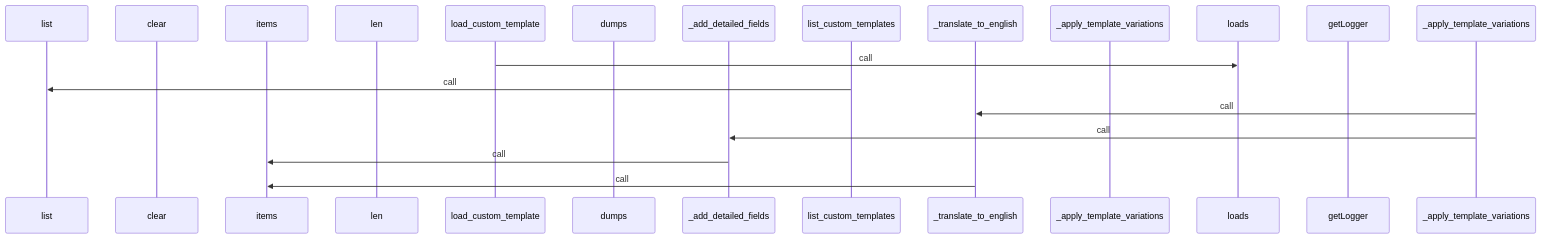
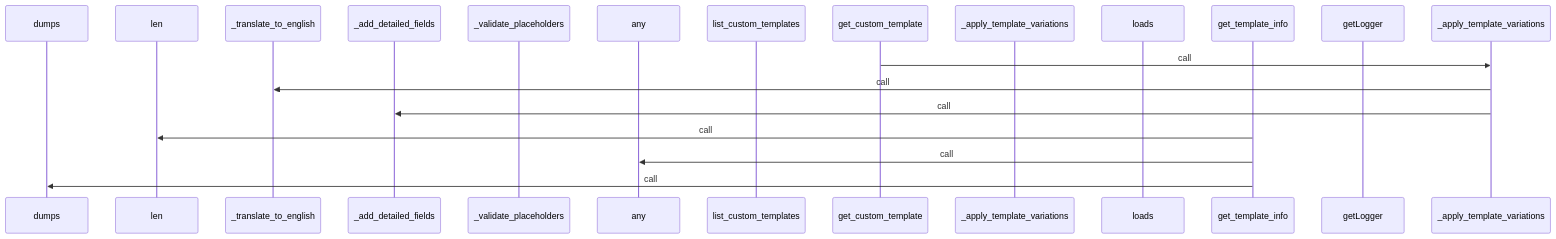
The third of 4 diagrams in generated_docs/rule_analyzer/formatters/templates/custom_templates.md (yeonjae-personal/codemuse-backend), drawn with Mermaid before and after one commit. The commit also changed other lines of this file and 3378 other files, not shown here.

````diff
--- a/generated_docs/rule_analyzer/formatters/templates/custom_templates.md
+++ b/generated_docs/rule_analyzer/formatters/templates/custom_templates.md
@@ -210,21 +210,21 @@
 ```mermaid
 sequenceDiagram
-  participant list as list
-  participant clear as clear
-  participant items as items
+  participant dumps as dumps
   participant len as len
-  participant load_custom_template as load_custom_template
-  participant dumps as dumps
+  participant _translate_to_english as _translate_to_english
   participant _add_detailed_fields as _add_detailed_fields
+  participant _validate_placeholders as _validate_placeholders
+  participant any as any
   participant list_custom_templates as list_custom_templates
-  participant _translate_to_english as _translate_to_english
+  participant get_custom_template as get_custom_template
   participant _apply_template_variatio as _apply_template_variations
   participant loads as loads
+  participant get_template_info as get_template_info
   participant getLogger as getLogger
-  load_custom_template->>loads: call
-  list_custom_templates->>list: call
+  get_custom_template->>_apply_template_variations: call
   _apply_template_variations->>_translate_to_english: call
   _apply_template_variations->>_add_detailed_fields: call
-  _add_detailed_fields->>items: call
-  _translate_to_english->>items: call
+  get_template_info->>len: call
+  get_template_info->>any: call
+  get_template_info->>dumps: call
 ```
````
